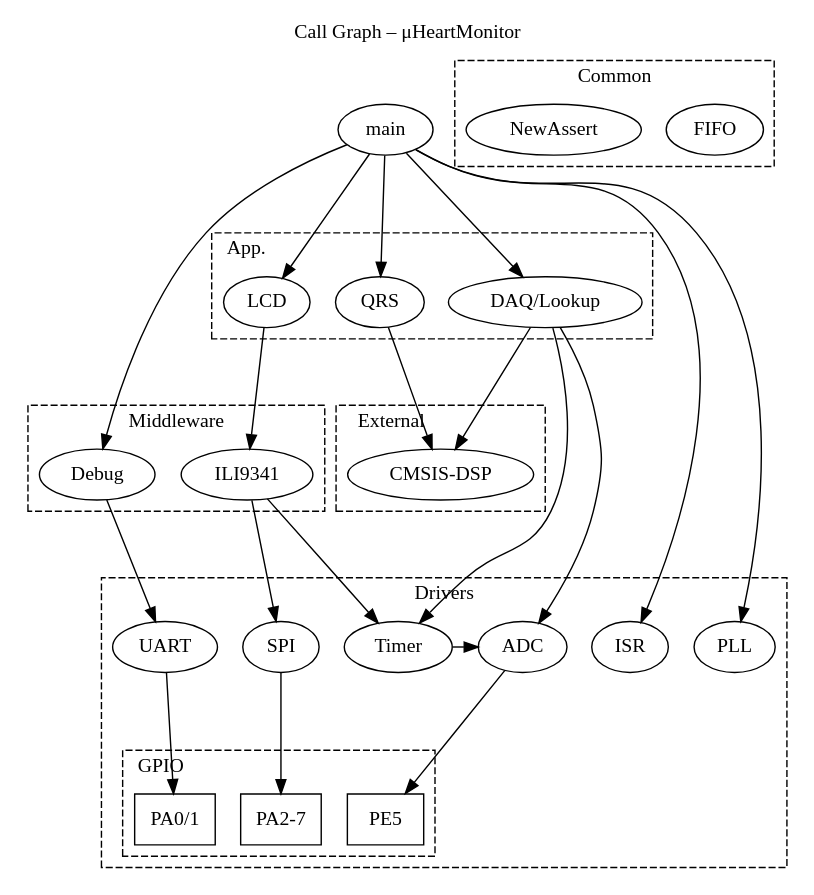
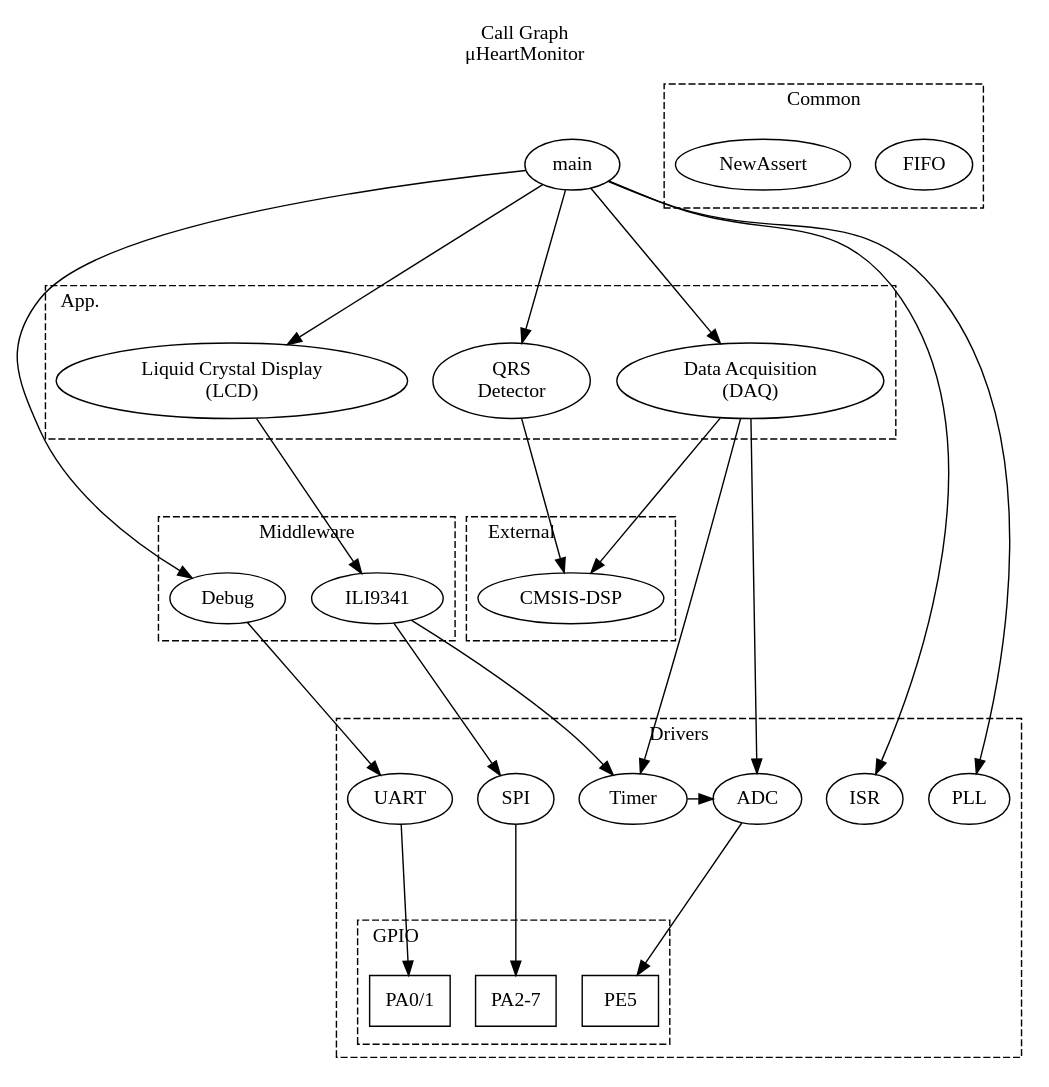
Before and after one commit to bryanmcelvy/microHeartMonitor: the diagram in docs/doxygen_files/call.dot, drawn with Graphviz. The commit also changed 4 other files, not shown here.

Commit message:
Update graphs

```diff
--- a/docs/doxygen_files/call.dot
+++ b/docs/doxygen_files/call.dot
@@ -1,88 +1,89 @@
 digraph {
     labelloc="t";
-    label="Call Graph – μHeartMonitor";
+    label="Call Graph\nμHeartMonitor";
     newrank=true;
     ranksep=1.2;
+    ratio=1;
 
     main;
 
     subgraph cluster_app {
         style="dashed";
         label="App.";
         labeljust="l";
 
-        LCD;
-        QRS;
-        DAQ[label="DAQ/Lookup"];
+        LCD[label="Liquid Crystal Display\n(LCD)"];
+        QRS[label="QRS\nDetector"];
+        DAQ[label="Data Acquisition\n(DAQ)"];
     };
 
     subgraph cluster_ext {
         style="dashed";
         label="External";
         labeljust="l";
 
         CMSIS[label="CMSIS-DSP"];
     };
 
     subgraph cluster_middle {
         style="dashed";
         label="Middleware";
         labeljust="c";
 
         ILI9341;
         Debug;
     };
 
     
 
     subgraph cluster_common {
         style="dashed";
         label="Common";
         labeljust="c";
 
         FIFO;
         NewAssert;
     };
 
     subgraph cluster_driver {
         style="dashed";
         label="Drivers";
         labeljust="c";
 
         ISR;
         SPI;
         Timer;
         ADC;
         UART;
         PLL;
 
         subgraph cluster_gpio {
             style="dashed";
             label="GPIO";
             labeljust="l";
 
             PA01[label="PA0/1", shape=rect];
             PE5[shape=rect];
             PA27[label="PA2-7", shape=rect];
         };
     };
 
     main -> {LCD, QRS, DAQ, Debug, ISR, PLL};
     DAQ -> {ADC, Timer};
     LCD -> ILI9341 -> SPI;
 
     ILI9341 -> Timer;
 
     {DAQ, QRS} -> CMSIS;
     Debug -> UART;
 
     Timer -> ADC -> PE5;
     SPI -> PA27;
     UART -> PA01;
 
     {rank=source; main};
     {rank=same; LCD, QRS, DAQ};
     {rank=same; ILI9341, Debug};
     {rank=same; ISR, SPI, Timer, ADC, UART, PLL};
     {rank=same; PE5, PA27, PA01};
 }
```
